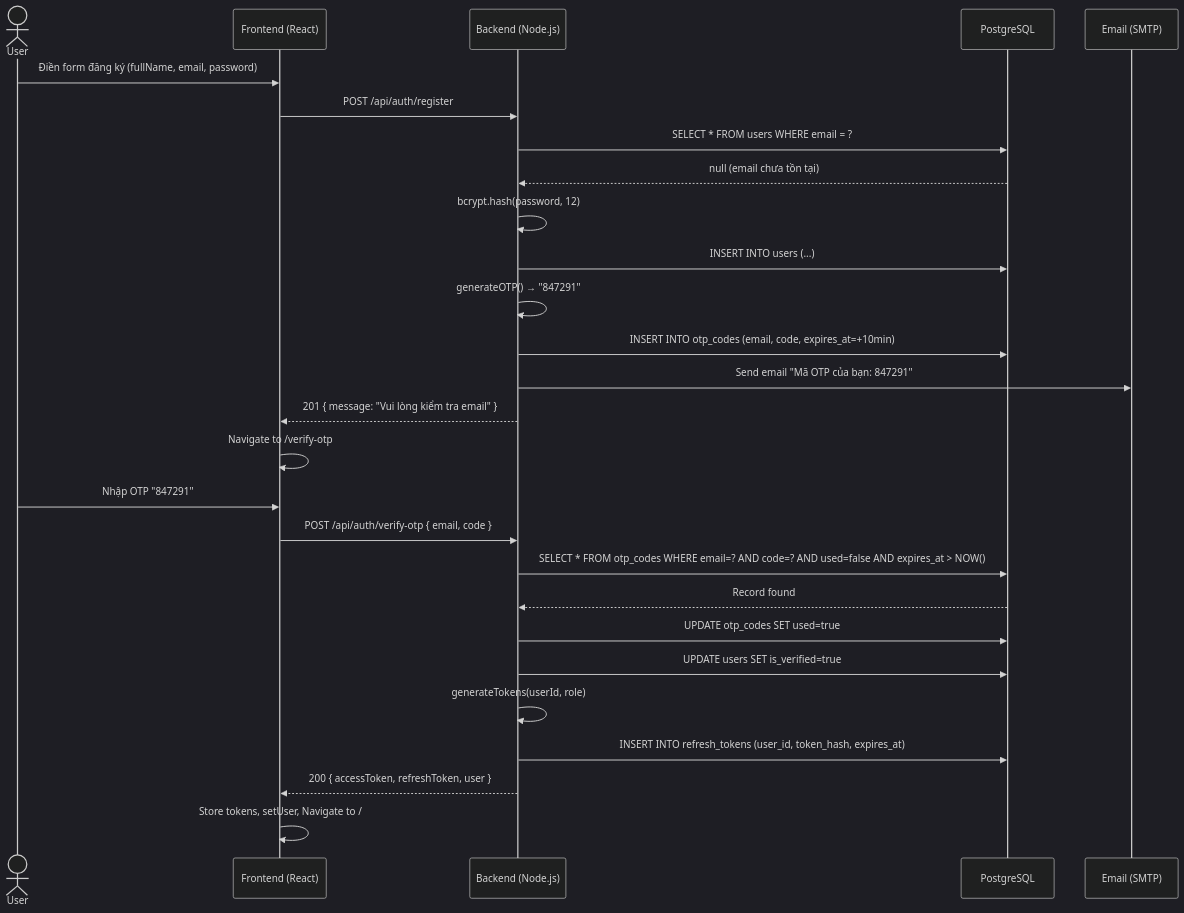
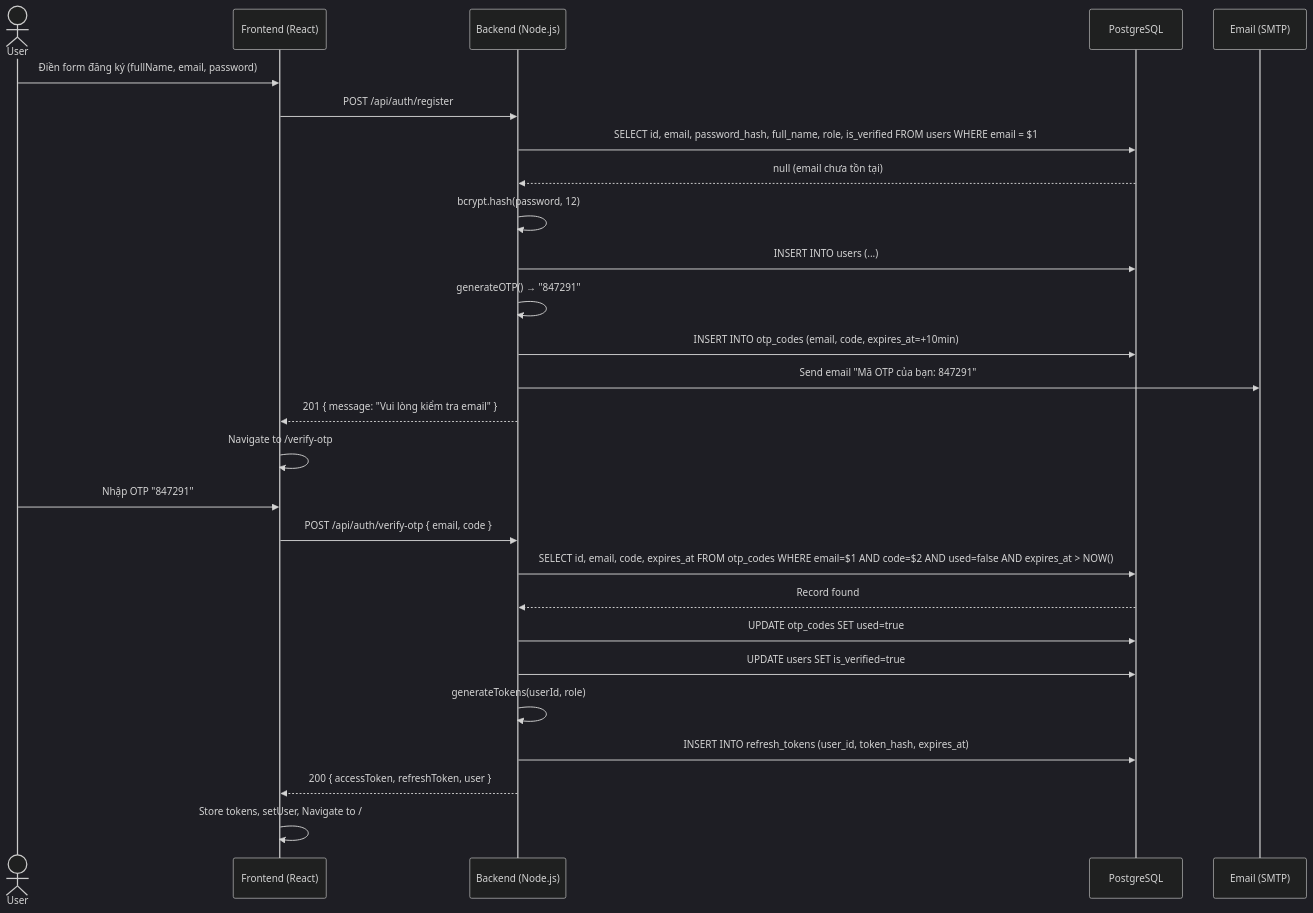
One commit to HoangAnh-ToiChoi/MedAssist-Project-AI-Drug-Recommendation-System changed the first of 4 diagrams in docs/technical/TDD.md. Above: the diagram before and after it, drawn with Mermaid (dark theme). The commit also changed other lines of this file, not shown here.

First line of the commit message:
docs: align TDD.md code patterns with CLAUDE.md standards

````diff
--- a/docs/technical/TDD.md
+++ b/docs/technical/TDD.md
@@ -454,31 +502,31 @@
 ```mermaid
 sequenceDiagram
     actor User
     participant FE as Frontend (React)
     participant BE as Backend (Node.js)
     participant DB as PostgreSQL
     participant SMTP as Email (SMTP)
 
     User->>FE: Điền form đăng ký (fullName, email, password)
     FE->>BE: POST /api/auth/register
-    BE->>DB: SELECT * FROM users WHERE email = ?
+    BE->>DB: SELECT id, email, password_hash, full_name, role, is_verified FROM users WHERE email = $1
     DB-->>BE: null (email chưa tồn tại)
     BE->>BE: bcrypt.hash(password, 12)
     BE->>DB: INSERT INTO users (...)
     BE->>BE: generateOTP() → "847291"
     BE->>DB: INSERT INTO otp_codes (email, code, expires_at=+10min)
     BE->>SMTP: Send email "Mã OTP của bạn: 847291"
     BE-->>FE: 201 { message: "Vui lòng kiểm tra email" }
     FE->>FE: Navigate to /verify-otp
 
     User->>FE: Nhập OTP "847291"
     FE->>BE: POST /api/auth/verify-otp { email, code }
-    BE->>DB: SELECT * FROM otp_codes WHERE email=? AND code=? AND used=false AND expires_at > NOW()
+    BE->>DB: SELECT id, email, code, expires_at FROM otp_codes WHERE email=$1 AND code=$2 AND used=false AND expires_at > NOW()
     DB-->>BE: Record found
     BE->>DB: UPDATE otp_codes SET used=true
     BE->>DB: UPDATE users SET is_verified=true
     BE->>BE: generateTokens(userId, role)
     BE->>DB: INSERT INTO refresh_tokens (user_id, token_hash, expires_at)
     BE-->>FE: 200 { accessToken, refreshToken, user }
     FE->>FE: Store tokens, setUser, Navigate to /
 ```
````
